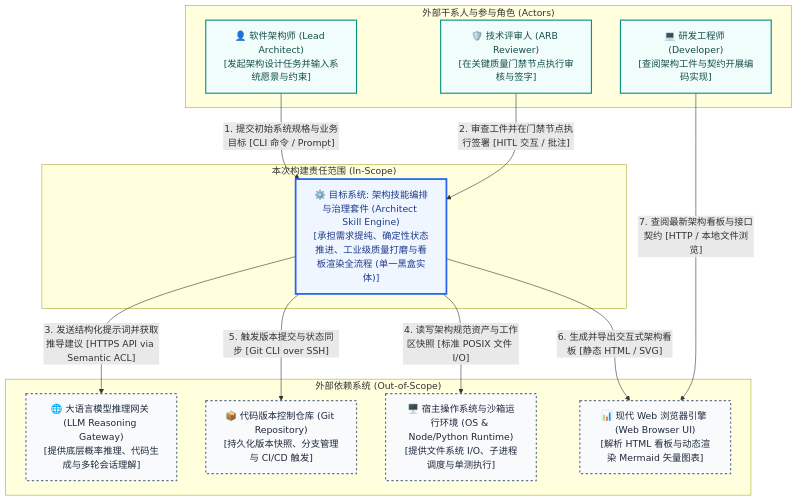
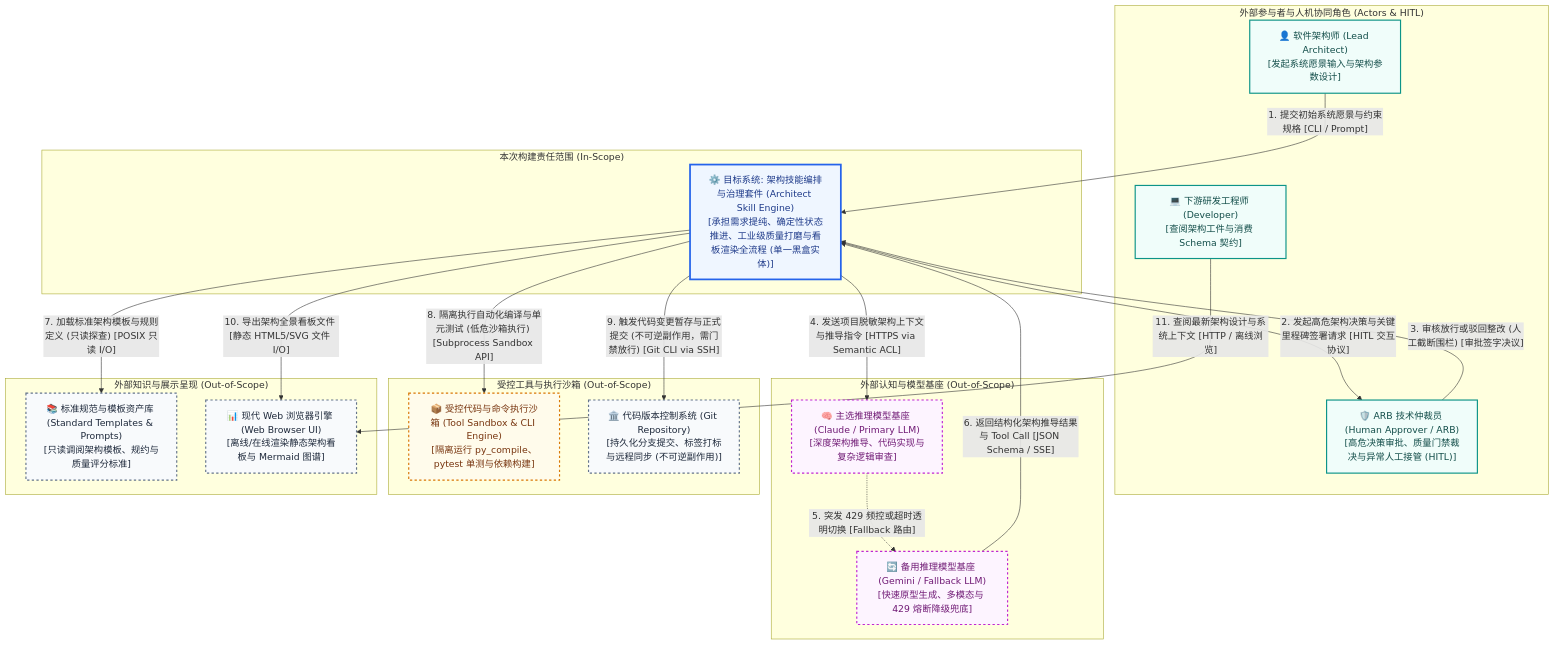
One commit to swizardlv/architect_skill changed the diagram in docs/architecture/02-models/system-context.md. Above: the diagram before and after it, drawn with Mermaid. The commit also changed other lines of this file and 3 other files, not shown here.

Commit message:
feat(agent): enhance system context with Agent AI topology, sandbox side-effects, and blast radius walkthrough

````diff
--- a/docs/architecture/02-models/system-context.md
+++ b/docs/architecture/02-models/system-context.md
@@ -10,33 +10,49 @@
 ```mermaid
 flowchart TD
     %% 样式表注入
     classDef personStyle fill:#f0fdfa,stroke:#0d9488,stroke-width:2px,color:#134e4a;
     classDef coreStyle fill:#eff6ff,stroke:#2563eb,stroke-width:3px,color:#1e3a8a;
     classDef extStyle fill:#f8fafc,stroke:#64748b,stroke-width:2px,stroke-dasharray: 4 4,color:#1e293b;
+    classDef aiStyle fill:#fdf4ff,stroke:#c026d3,stroke-width:2px,stroke-dasharray: 4 4,color:#701a75;
+    classDef sandboxStyle fill:#fffbeb,stroke:#d97706,stroke-width:2px,stroke-dasharray: 4 4,color:#78350f;
 
-    subgraph Actors ["外部干系人与参与角色 (Actors)"]
-        architect["👤 软件架构师 (Lead Architect)<br/>[发起架构设计任务并输入系统愿景与约束]"]:::personStyle
-        reviewer["🛡️ 技术评审人 (ARB Reviewer)<br/>[在关键质量门禁节点执行审核与签字]"]:::personStyle
-        developer["💻 研发工程师 (Developer)<br/>[查阅架构工件与契约开展编码实现]"]:::personStyle
+    subgraph Actors ["外部参与者与人机协同角色 (Actors & HITL)"]
+        architect["👤 软件架构师 (Lead Architect)<br/>[发起系统愿景输入与架构参数设计]"]:::personStyle
+        approver["🛡️ ARB 技术仲裁员 (Human Approver / ARB)<br/>[高危决策审批、质量门禁裁决与异常人工接管 (HITL)]"]:::personStyle
+        developer["💻 下游研发工程师 (Developer)<br/>[查阅架构工件与消费 Schema 契约]"]:::personStyle
     end
 
     subgraph CoreBoundary ["本次构建责任范围 (In-Scope)"]
         system["⚙️ 目标系统: 架构技能编排与治理套件 (Architect Skill Engine)<br/>[承担需求提纯、确定性状态推进、工业级质量打磨与看板渲染全流程 (单一黑盒实体)]"]:::coreStyle
     end
 
-    subgraph ExternalSystems ["外部依赖系统 (Out-of-Scope)"]
-        llmGateway["🌐 大语言模型推理网关 (LLM Reasoning Gateway)<br/>[提供底层概率推理、代码生成与多轮会话理解]"]:::extStyle
-        vcsRepo["📦 代码版本控制仓库 (Git Repository)<br/>[持久化版本快照、分支管理与 CI/CD 触发]"]:::extStyle
-        runtimeEnv["🖥️ 宿主操作系统与沙箱运行环境 (OS & Node/Python Runtime)<br/>[提供文件系统 I/O、子进程调度与单测执行]"]:::extStyle
-        browserClient["📊 现代 Web 浏览器引擎 (Web Browser UI)<br/>[解析 HTML 看板与动态渲染 Mermaid 矢量图表]"]:::extStyle
+    subgraph ExternalCognition ["外部认知与模型基座 (Out-of-Scope)"]
+        primaryLLM["🧠 主选推理模型基座 (Claude / Primary LLM)<br/>[深度架构推导、代码实现与复杂逻辑审查]"]:::aiStyle
+        fallbackLLM["🔄 备用推理模型基座 (Gemini / Fallback LLM)<br/>[快速原型生成、多模态与 429 熔断降级兜底]"]:::aiStyle
     end
 
-    %% 交互调用连线 (带明确业务语义、协议与方向)
-    architect -->|"1. 提交初始系统规格与业务目标 [CLI 命令 / Prompt]"| system
-    reviewer -->|"2. 审查工件并在门禁节点执行签署 [HITL 交互 / 批注]"| system
-    system -->|"3. 发送结构化提示词并获取推导建议 [HTTPS API via Semantic ACL]"| llmGateway
-    system -->|"4. 读写架构规范资产与工作区快照 [标准 POSIX 文件 I/O]"| runtimeEnv
-    system -->|"5. 触发版本提交与状态同步 [Git CLI over SSH]"| vcsRepo
-    system -->|"6. 生成并导出交互式架构看板 [静态 HTML / SVG]"| browserClient
-    developer -->|"7. 查阅最新架构看板与接口契约 [HTTP / 本地文件浏览]"| browserClient
+    subgraph ExternalActuators ["受控工具与执行沙箱 (Out-of-Scope)"]
+        toolSandbox["📦 受控代码与命令执行沙箱 (Tool Sandbox & CLI Engine)<br/>[隔离运行 py_compile、pytest 单测与依赖构建]"]:::sandboxStyle
+        vcsRepo["🏛️ 代码版本控制系统 (Git Repository)<br/>[持久化分支提交、标签打标与远程同步 (不可逆副作用)]"]:::extStyle
+    end
+
+    subgraph ExternalKnowledge ["外部知识与展示呈现 (Out-of-Scope)"]
+        templateHub["📚 标准规范与模板资产库 (Standard Templates & Prompts)<br/>[只读调阅架构模板、规约与质量评分标准]"]:::extStyle
+        browserClient["📊 现代 Web 浏览器引擎 (Web Browser UI)<br/>[离线/在线渲染静态架构看板与 Mermaid 图谱]"]:::extStyle
+    end
+
+    %% 交互调用连线 (明确标注数据属性、协议、只读探查与不可逆副作用)
+    architect -->|"1. 提交初始系统愿景与约束规格 [CLI / Prompt]"| system
+    system -->|"2. 发起高危架构决策与关键里程碑签署请求 [HITL 交互协议]"| approver
+    approver -->|"3. 审核放行或驳回整改 (人工截断围栏) [审批签字决议]"| system
+
+    system -->|"4. 发送项目脱敏架构上下文与推导指令 [HTTPS via Semantic ACL]"| primaryLLM
+    primaryLLM -.->|"5. 突发 429 频控或超时透明切换 [Fallback 路由]"| fallbackLLM
+    fallbackLLM -->|"6. 返回结构化架构推导结果与 Tool Call [JSON Schema / SSE]"| system
+
+    system -->|"7. 加载标准架构模板与规则定义 (只读探查) [POSIX 只读 I/O]"| templateHub
+    system -->|"8. 隔离执行自动化编译与单元测试 (低危沙箱执行) [Subprocess Sandbox API]"| toolSandbox
+    system -->|"9. 触发代码变更暂存与正式提交 (不可逆副作用，需门禁放行) [Git CLI via SSH]"| vcsRepo
+    system -->|"10. 导出架构全景看板文件 [静态 HTML5/SVG 文件 I/O]"| browserClient
+    developer -->|"11. 查阅最新架构设计与系统上下文 [HTTP / 离线浏览]"| browserClient
 ```
````
